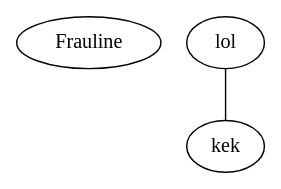
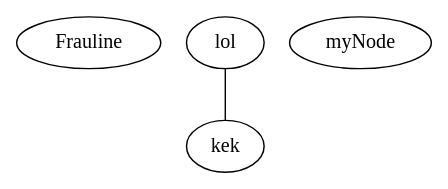
Before and after one commit to celidos/JavaCompiler: the diagram in out.dot, drawn with Graphviz. The commit also changed 13 other files, not shown here.

```diff
--- a/out.dot
+++ b/out.dot
@@ -1,6 +1,7 @@
 graph mygraph1 {
 	Frauline;
 	kek;
 	lol;
+	myNode;
 	lol -- kek;
 }
```
